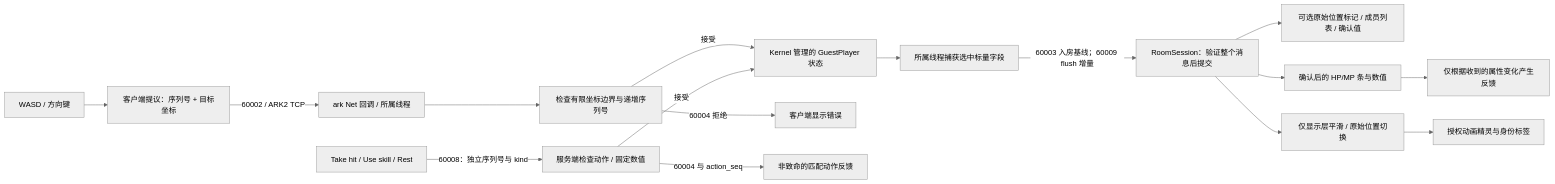
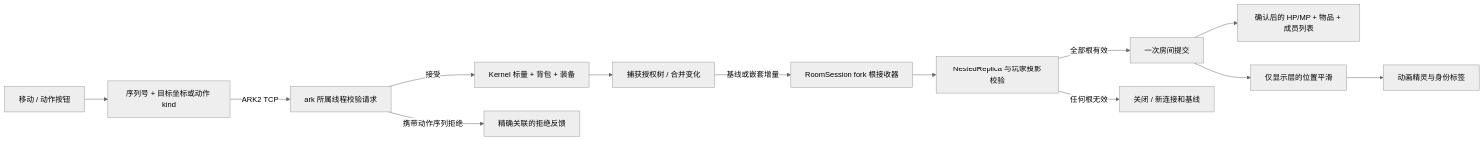
One commit to OpenArkStudio/ark-client-godot changed the diagram in docs/data-sync_CN.md. Above: the diagram before and after it, drawn with Mermaid (neutral theme). The commit also changed other lines of this file and 40 other files, not shown here.

````diff
--- a/docs/data-sync_CN.md
+++ b/docs/data-sync_CN.md
@@ -8,18 +8,15 @@
 ```mermaid
 flowchart LR
-    Input[WASD / 方向键] --> Proposal[客户端提议：序列号 + 目标坐标]
-    Proposal -->|60002 / ARK2 TCP| Net[ark Net 回调 / 所属线程]
-    Net --> Check[检查有限坐标边界与递增序列号]
-    Check -->|接受| Kernel[Kernel 管理的 GuestPlayer 状态]
-    Check -->|60004 拒绝| Error[客户端显示错误]
-    Action[Take hit / Use skill / Rest] -->|60008：独立序列号与 kind| ActionCheck[服务端检查动作 / 固定数值]
-    ActionCheck -->|接受| Kernel
-    ActionCheck -->|60004 与 action_seq| Rejection[非致命的匹配动作反馈]
-    Kernel --> Snapshot[所属线程捕获选中标量字段]
-    Snapshot -->|60003 入房基线；60009 flush 增量| Room[RoomSession：验证整个消息后提交]
-    Room --> Raw[可选原始位置标记 / 成员列表 / 确认值]
-    Room --> Stats[确认后的 HP/MP 条与数值]
-    Stats --> Delta[仅根据收到的属性变化产生反馈]
-    Room --> Display[仅显示层平滑 / 原始位置切换]
-    Display --> Avatar[授权动画精灵与身份标签]
+    Input[移动 / 动作按钮] --> Request[序列号 + 目标坐标或动作 kind]
+    Request -->|ARK2 TCP| Validate[ark 所属线程校验请求]
+    Validate -->|接受| Kernel[Kernel 标量 + 背包 + 装备]
+    Validate -->|携带动作序列拒绝| Feedback[精确关联的拒绝反馈]
+    Kernel --> Publish[捕获授权树 / 合并变化]
+    Publish -->|基线或嵌套增量| Candidate[RoomSession fork 根接收器]
+    Candidate --> Check[NestedReplica 与玩家投影校验]
+    Check -->|全部根有效| Commit[一次房间提交]
+    Check -->|任何根无效| Reconnect[关闭 / 新连接和基线]
+    Commit --> HUD[确认后的 HP/MP + 物品 + 成员列表]
+    Commit --> Display[仅显示层的位置平滑]
+    Display --> Avatar[动画精灵与身份标签]
 ```
````
